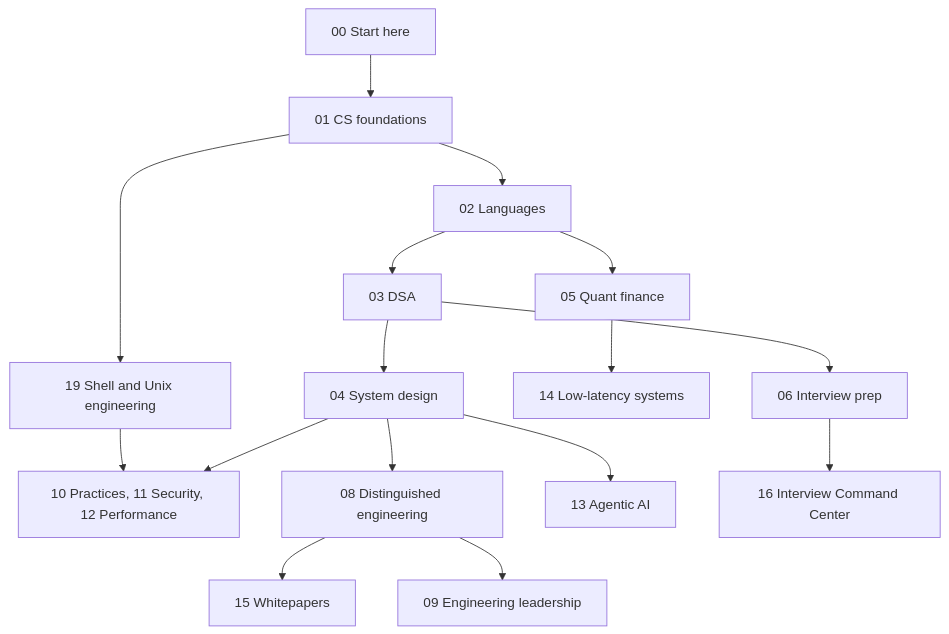
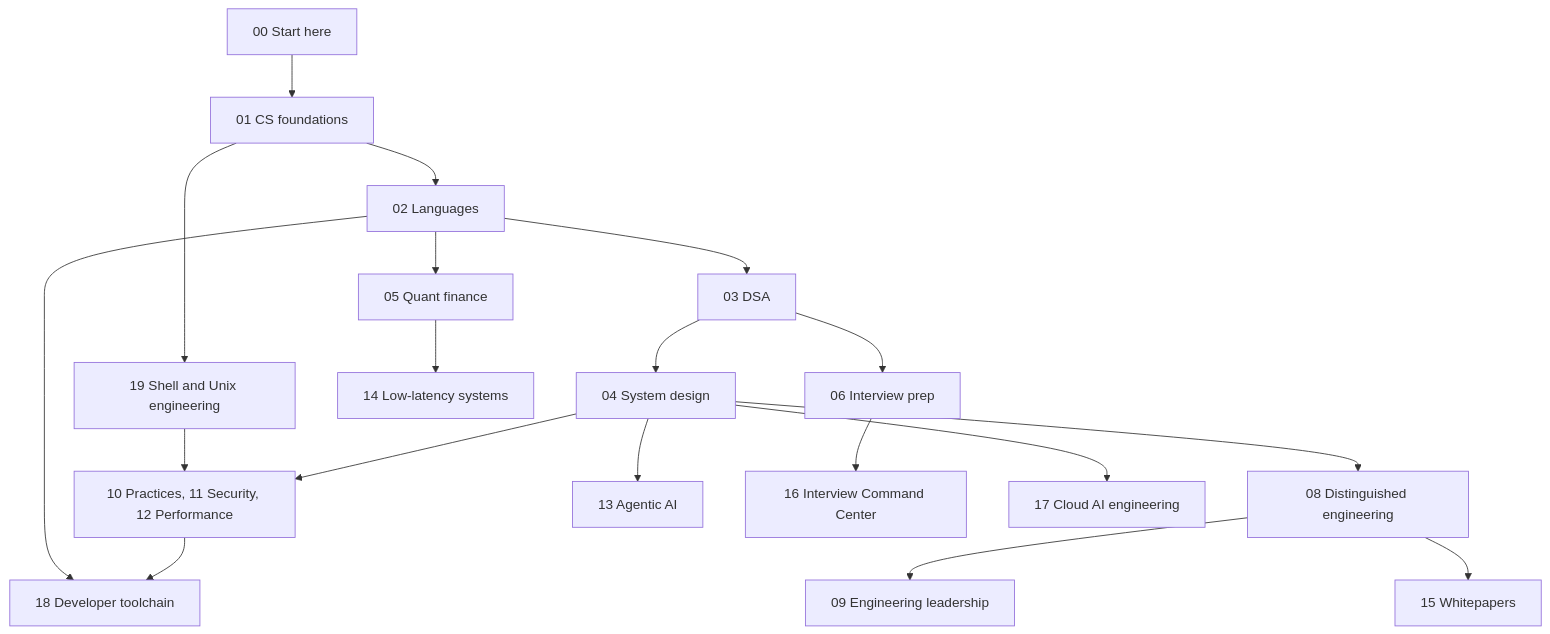
The first of 5 diagrams in 00-Start-Here/Roadmap.md (shreejitverma/SDE-Interview-Prep), drawn with Mermaid before and after one commit. The commit also changed other lines of this file and 527 other files, not shown here.

First line of the commit message:
feat(vault): add 18-Developer-Toolchain skeleton with manifest gate and lab harness (#92)

````diff
--- a/00-Start-Here/Roadmap.md
+++ b/00-Start-Here/Roadmap.md
@@ -22,18 +22,21 @@
 ```mermaid
 flowchart TD
     Start["00 Start here"] --> Foundations["01 CS foundations"]
     Foundations --> Languages["02 Languages"]
     Foundations --> Shell["19 Shell and Unix engineering"]
     Shell --> Practices
     Languages --> DSA["03 DSA"]
     DSA --> Design["04 System design"]
     Design --> Distinguished["08 Distinguished engineering"]
     Distinguished --> Papers["15 Whitepapers"]
     Design --> Practices["10 Practices, 11 Security, 12 Performance"]
     Languages --> Quant["05 Quant finance"]
     Quant --> LowLatency["14 Low-latency systems"]
     Design --> Agentic["13 Agentic AI"]
     DSA --> Interview["06 Interview prep"]
     Interview --> Command["16 Interview Command Center"]
     Distinguished --> Leadership["09 Engineering leadership"]
+    Languages --> Toolchain["18 Developer toolchain"]
+    Practices --> Toolchain
+    Design --> Cloud["17 Cloud AI engineering"]
 ```
````
